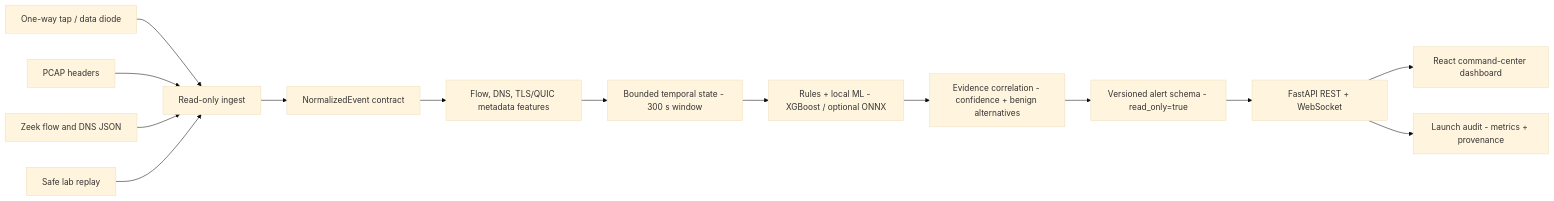
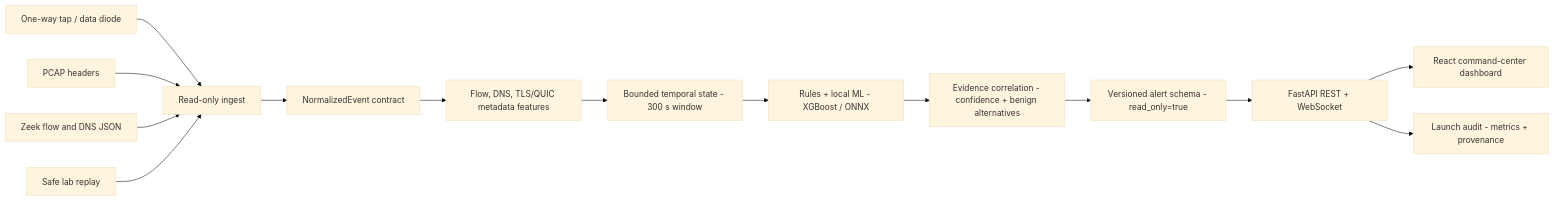
The diagram in README.md (soumoditt-source/NETSENTINELS-SIH-2026), drawn with Mermaid (base theme) before and after one commit. The commit also changed other lines of this file and 9 other files, not shown here.

````diff
--- a/README.md
+++ b/README.md
@@ -63,16 +63,16 @@
 ```mermaid
 flowchart LR
   tap["One-way tap / data diode"] --> ingest["Read-only ingest"]
   pcap["PCAP headers"] --> ingest
   zeek["Zeek flow and DNS JSON"] --> ingest
   replay["Safe lab replay"] --> ingest
   ingest --> normalize["NormalizedEvent contract"]
   normalize --> features["Flow, DNS, TLS/QUIC metadata features"]
   features --> state["Bounded temporal state - 300 s window"]
-  state --> detectors["Rules + local ML - XGBoost / optional ONNX"]
+   state --> detectors["Rules + local ML - XGBoost / ONNX"]
   detectors --> correlate["Evidence correlation - confidence + benign alternatives"]
   correlate --> alert["Versioned alert schema - read_only=true"]
   alert --> api["FastAPI REST + WebSocket"]
   api --> dashboard["React command-center dashboard"]
   api --> report["Launch audit - metrics + provenance"]
 ```
````
